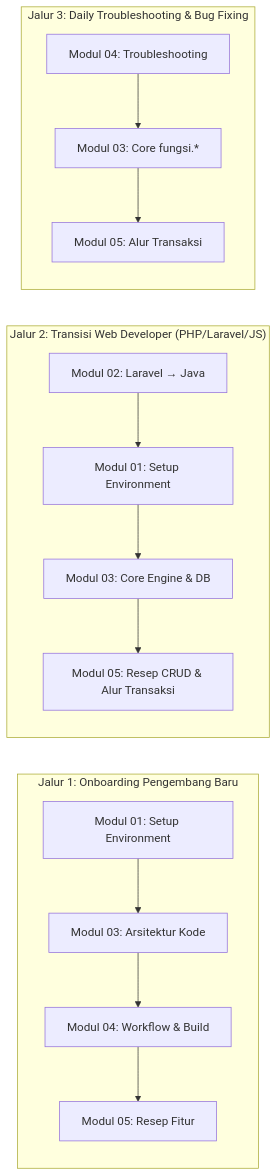
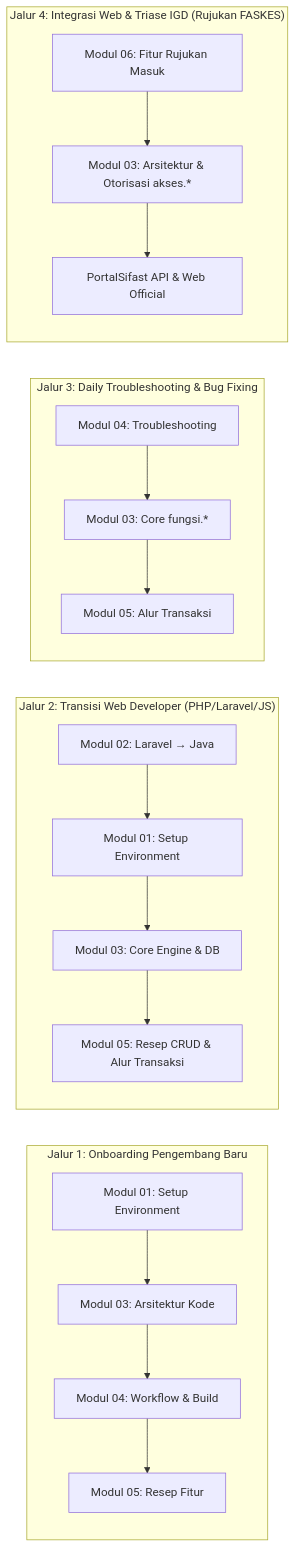
One commit to adi-jaya/SIMRS-Khanza changed the second of 3 diagrams in docs/README.md. Above: the diagram before and after it, drawn with Mermaid. The commit also changed other lines of this file and 3 other files, not shown here.

Commit message:
docs(permintaan): add Modul 06 documentation for rujukan masuk faskes and distribution guide

````diff
--- a/docs/README.md
+++ b/docs/README.md
@@ -72,19 +73,24 @@
 ```mermaid
 graph LR
     subgraph Path_A["Jalur 1: Onboarding Pengembang Baru"]
         A1["Modul 01: Setup Environment"] --> A2["Modul 03: Arsitektur Kode"]
         A2 --> A3["Modul 04: Workflow & Build"]
         A3 --> A4["Modul 05: Resep Fitur"]
     end
 
     subgraph Path_B["Jalur 2: Transisi Web Developer (PHP/Laravel/JS)"]
         B1["Modul 02: Laravel → Java"] --> B2["Modul 01: Setup Environment"]
         B2 --> B3["Modul 03: Core Engine & DB"]
         B3 --> B4["Modul 05: Resep CRUD & Alur Transaksi"]
     end
 
     subgraph Path_C["Jalur 3: Daily Troubleshooting & Bug Fixing"]
         C1["Modul 04: Troubleshooting"] --> C2["Modul 03: Core fungsi.*"]
         C2 --> C3["Modul 05: Alur Transaksi"]
     end
+
+    subgraph Path_D["Jalur 4: Integrasi Web & Triase IGD (Rujukan FASKES)"]
+        D1["Modul 06: Fitur Rujukan Masuk"] --> D2["Modul 03: Arsitektur & Otorisasi akses.*"]
+        D2 --> D3["PortalSifast API & Web Official"]
+    end
 ```
````
